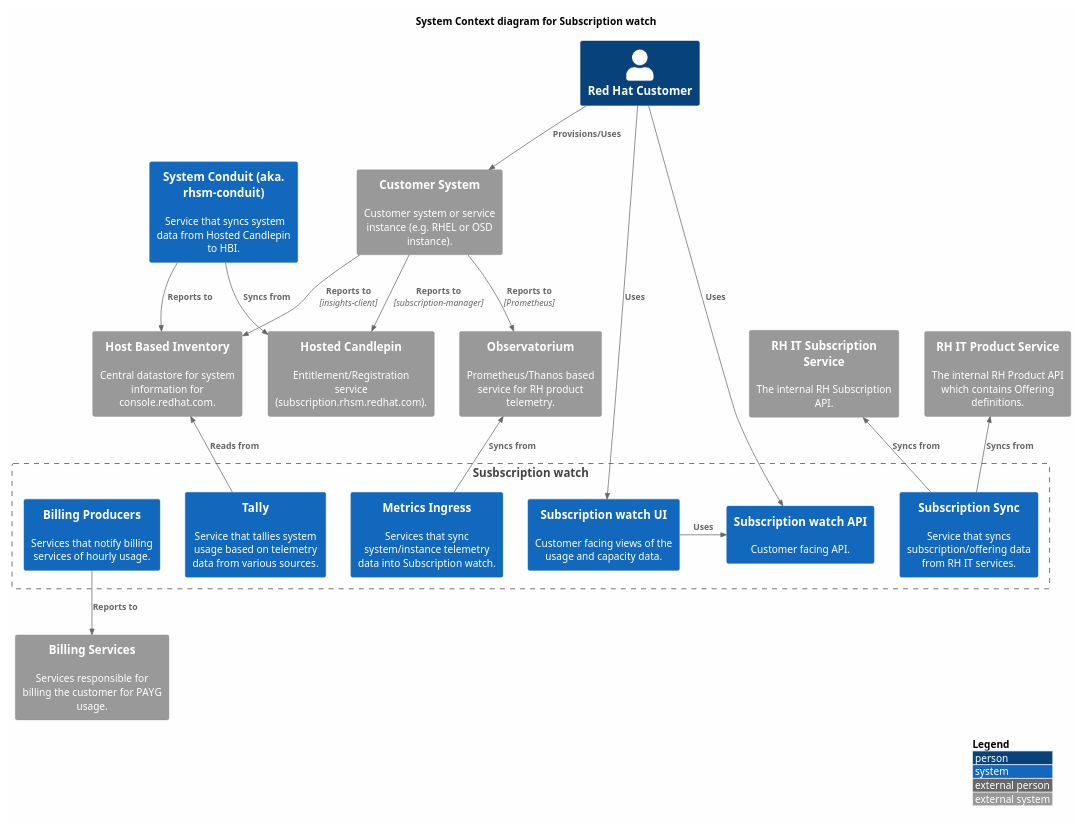
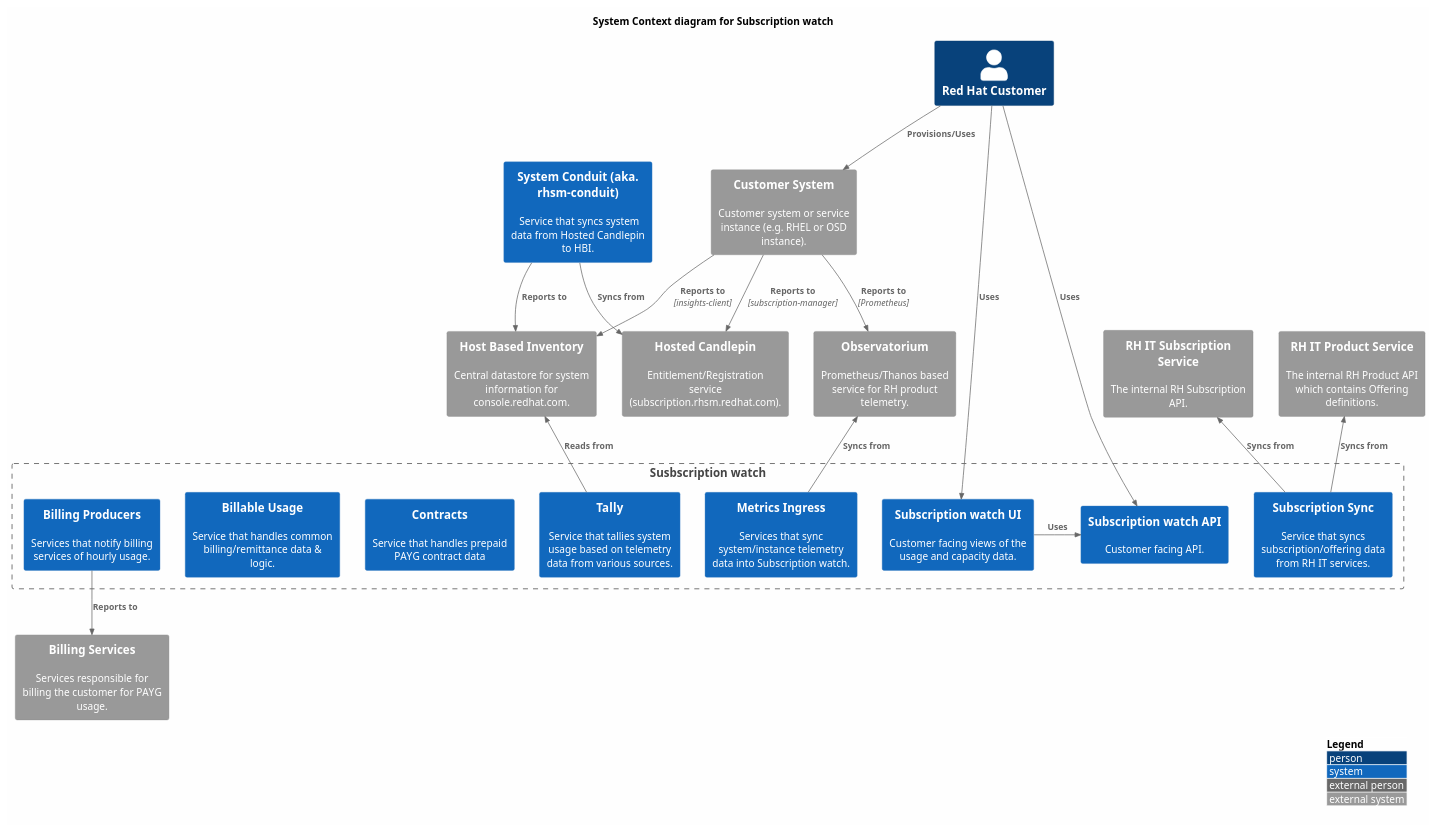
Before and after one commit to RedHatInsights/rhsm-subscriptions: the diagram in docs/context.puml, drawn with PlantUML. The commit also changed 8 other files, not shown here.

Commit message:
Update diagrams

```diff
--- a/docs/context.puml
+++ b/docs/context.puml
@@ -1,46 +1,48 @@
 @startuml
 !include <C4/C4_Context>
 
 ' see https://forum.plantuml.net/8356/white-backgrounds-are-rendered-transparent-in-svg
 skinparam backgroundColor #FEFEFE
 
 LAYOUT_WITH_LEGEND()
 
 title System Context diagram for Subscription watch
 
 Person(customer, "Red Hat Customer")
 
 Boundary(swatch, "Susbscription watch") {
   System(ui, "Subscription watch UI", "Customer facing views of the usage and capacity data.")
   System(api, "Subscription watch API", "Customer facing API.")
   System(metrics_ingress, "Metrics Ingress", "Services that sync system/instance telemetry data into Subscription watch.")
   System(tally, "Tally", "Service that tallies system usage based on telemetry data from various sources.")
   System(subscription_sync, "Subscription Sync", "Service that syncs subscription/offering data from RH IT services.")
+  System(contracts, "Contracts", "Service that handles prepaid PAYG contract data")
+  System(billable_usage, "Billable Usage", "Service that handles common billing/remittance data & logic.")
   System(billing_producers, "Billing Producers", "Services that notify billing services of hourly usage.")
 }
 
 System(system_conduit, "System Conduit (aka. rhsm-conduit)", " Service that syncs system data from Hosted Candlepin to HBI.")
 
 System_Ext(customer_system, "Customer System", "Customer system or service instance (e.g. RHEL or OSD instance).")
 System_Ext(observatorium, "Observatorium", "Prometheus/Thanos based service for RH product telemetry.")
 System_Ext(candlepin, "Hosted Candlepin", "Entitlement/Registration service (subscription.rhsm.redhat.com).")
 System_Ext(hbi, "Host Based Inventory", "Central datastore for system information for console.redhat.com.")
 System_Ext(rhit_subscriptions, "RH IT Subscription Service", "The internal RH Subscription API.")
 System_Ext(rhit_product, "RH IT Product Service", "The internal RH Product API which contains Offering definitions.")
 System_Ext(billing_services, "Billing Services", "Services responsible for billing the customer for PAYG usage.")
 
 Rel(customer, ui, "Uses")
 Rel(customer, api, "Uses")
 Rel(customer, customer_system, "Provisions/Uses")
 Rel(customer_system, candlepin, "Reports to", "subscription-manager")
 Rel(customer_system, observatorium, "Reports to", "Prometheus")
 Rel(customer_system, hbi, "Reports to", "insights-client")
 Rel(system_conduit, hbi, "Reports to")
 Rel_Neighbor(system_conduit, candlepin, "Syncs from")
 Rel_Neighbor(ui, api, "Uses")
 Rel_Back(observatorium, metrics_ingress, "Syncs from")
 Rel_Back(hbi, tally, "Reads from")
 Rel_Back(rhit_subscriptions, subscription_sync, "Syncs from")
 Rel_Back(rhit_product, subscription_sync, "Syncs from")
 Rel(billing_producers, billing_services, "Reports to")
 @enduml
```
